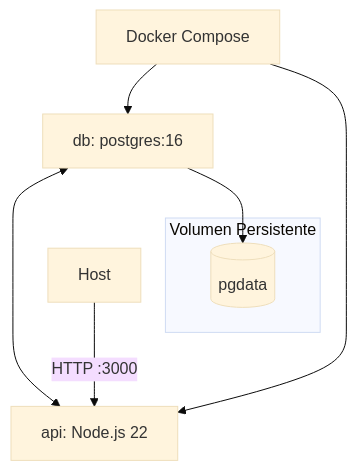
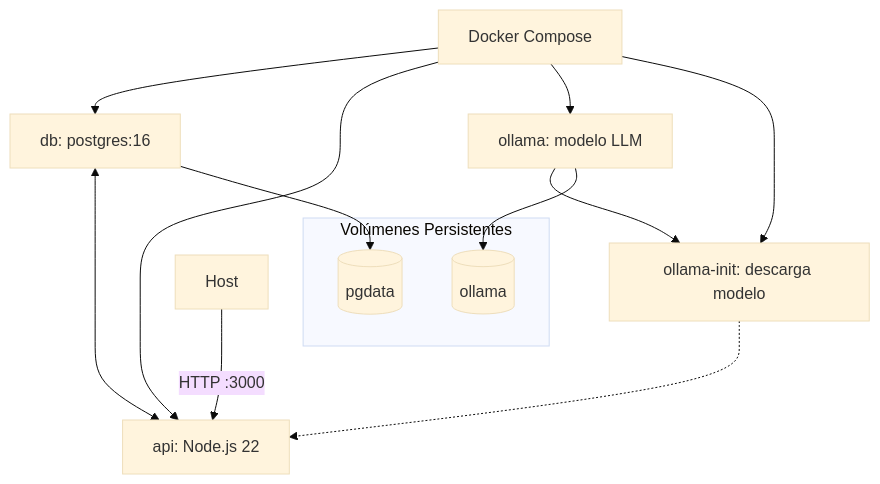
The diagram in docs/code/server/docker.md (JosueSay/study-task-insights), drawn with Mermaid (base theme) before and after one commit. The commit also changed other lines of this file and 1 other file, not shown here.

Commit message:
chore(docker): actualizar configuración de docker-compose y documentación para incorporación de llm (ollama)

````diff
--- a/docs/code/server/docker.md
+++ b/docs/code/server/docker.md
@@ -22,11 +29,18 @@
 ```mermaid
 flowchart TD
   A[Docker Compose] --> B[db: postgres:16]
   A --> C[api: Node.js 22]
+  A --> D[ollama: modelo LLM]
+  A --> E[ollama-init: descarga modelo]
+
   B <---> C
-  subgraph Volumen Persistente
-    D[(pgdata)]
+  D --> E
+  E -.-> C
+  subgraph Volúmenes Persistentes
+    F[(pgdata)]
+    G[(ollama)]
   end
-  B --> D
-  E[Host] -->|HTTP :3000| C
+  B --> F
+  D --> G
+  H[Host] -->|HTTP :3000| C
 ```
````
